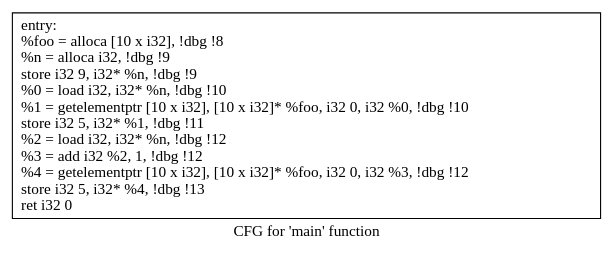
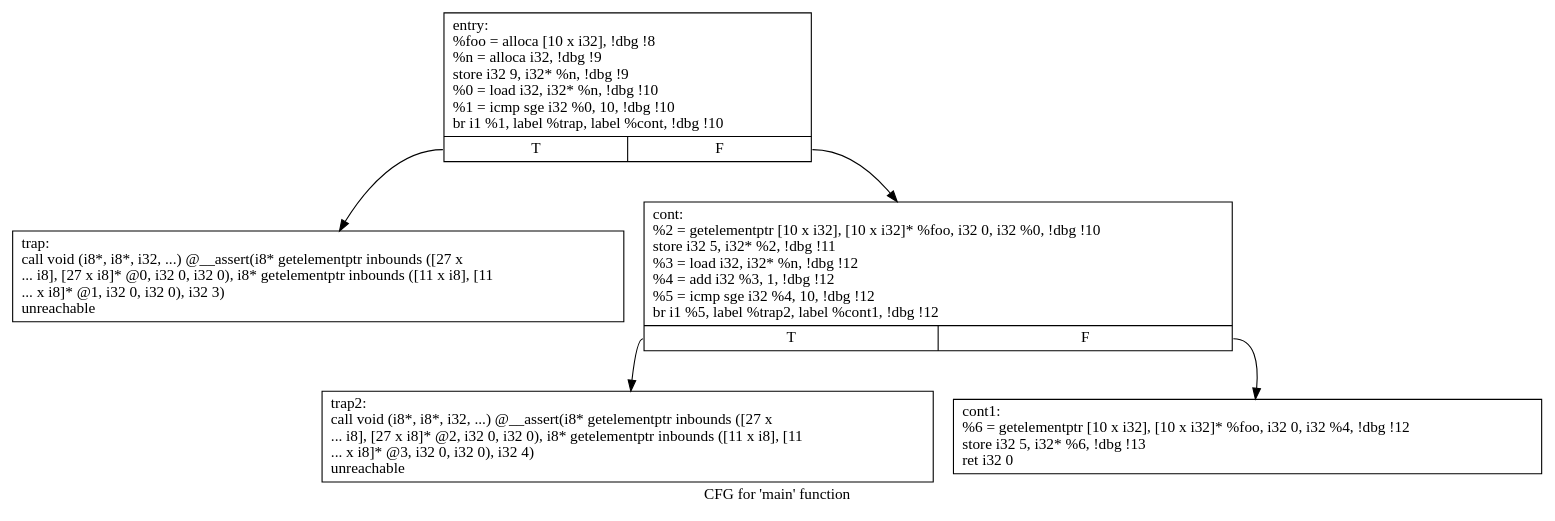
One commit to Lentosy/Master-Informatica changed the diagram in Semester II/Compilers/Labo/4. Intermediate Representation/ir_files/cfg.main.dot. Above: the diagram before and after it, drawn with Graphviz. The commit also changed 15 other files, not shown here.

```diff
--- a/Semester II/Compilers/Labo/4. Intermediate Representation/ir_files/cfg.main.dot
+++ b/Semester II/Compilers/Labo/4. Intermediate Representation/ir_files/cfg.main.dot
@@ -1,5 +1,13 @@
 digraph "CFG for 'main' function" {
 	label="CFG for 'main' function";
 
-	Node0x55c67467eb30 [shape=record,label="{entry:\l  %foo = alloca [10 x i32], !dbg !8\l  %n = alloca i32, !dbg !9\l  store i32 9, i32* %n, !dbg !9\l  %0 = load i32, i32* %n, !dbg !10\l  %1 = getelementptr [10 x i32], [10 x i32]* %foo, i32 0, i32 %0, !dbg !10\l  store i32 5, i32* %1, !dbg !11\l  %2 = load i32, i32* %n, !dbg !12\l  %3 = add i32 %2, 1, !dbg !12\l  %4 = getelementptr [10 x i32], [10 x i32]* %foo, i32 0, i32 %3, !dbg !12\l  store i32 5, i32* %4, !dbg !13\l  ret i32 0\l}"];
+	Node0x564b106a6370 [shape=record,label="{entry:\l  %foo = alloca [10 x i32], !dbg !8\l  %n = alloca i32, !dbg !9\l  store i32 9, i32* %n, !dbg !9\l  %0 = load i32, i32* %n, !dbg !10\l  %1 = icmp sge i32 %0, 10, !dbg !10\l  br i1 %1, label %trap, label %cont, !dbg !10\l|{<s0>T|<s1>F}}"];
+	Node0x564b106a6370:s0 -> Node0x564b106a7760;
+	Node0x564b106a6370:s1 -> Node0x564b106a7810;
+	Node0x564b106a7810 [shape=record,label="{cont:                                             \l  %2 = getelementptr [10 x i32], [10 x i32]* %foo, i32 0, i32 %0, !dbg !10\l  store i32 5, i32* %2, !dbg !11\l  %3 = load i32, i32* %n, !dbg !12\l  %4 = add i32 %3, 1, !dbg !12\l  %5 = icmp sge i32 %4, 10, !dbg !12\l  br i1 %5, label %trap2, label %cont1, !dbg !12\l|{<s0>T|<s1>F}}"];
+	Node0x564b106a7810:s0 -> Node0x564b106a8470;
+	Node0x564b106a7810:s1 -> Node0x564b106a8540;
+	Node0x564b106a8540 [shape=record,label="{cont1:                                            \l  %6 = getelementptr [10 x i32], [10 x i32]* %foo, i32 0, i32 %4, !dbg !12\l  store i32 5, i32* %6, !dbg !13\l  ret i32 0\l}"];
+	Node0x564b106a7760 [shape=record,label="{trap:                                             \l  call void (i8*, i8*, i32, ...) @__assert(i8* getelementptr inbounds ([27 x\l... i8], [27 x i8]* @0, i32 0, i32 0), i8* getelementptr inbounds ([11 x i8], [11\l... x i8]* @1, i32 0, i32 0), i32 3)\l  unreachable\l}"];
+	Node0x564b106a8470 [shape=record,label="{trap2:                                            \l  call void (i8*, i8*, i32, ...) @__assert(i8* getelementptr inbounds ([27 x\l... i8], [27 x i8]* @2, i32 0, i32 0), i8* getelementptr inbounds ([11 x i8], [11\l... x i8]* @3, i32 0, i32 0), i32 4)\l  unreachable\l}"];
 }
```
